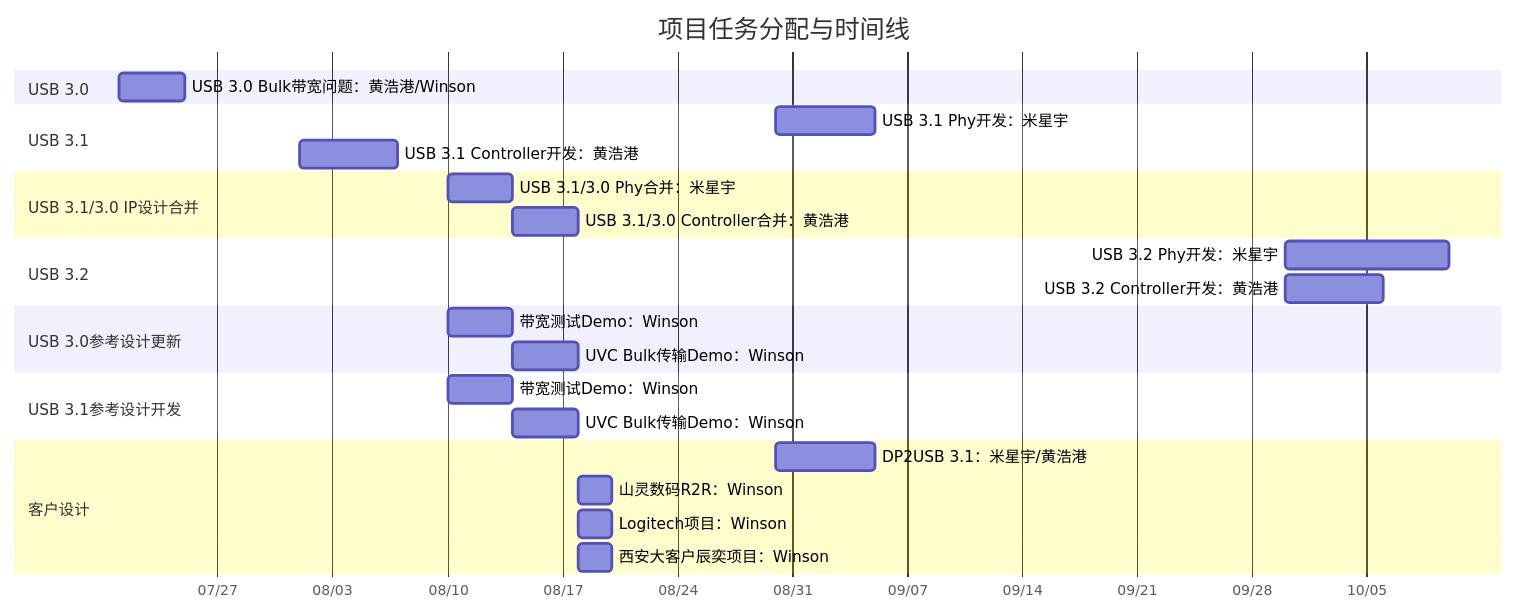
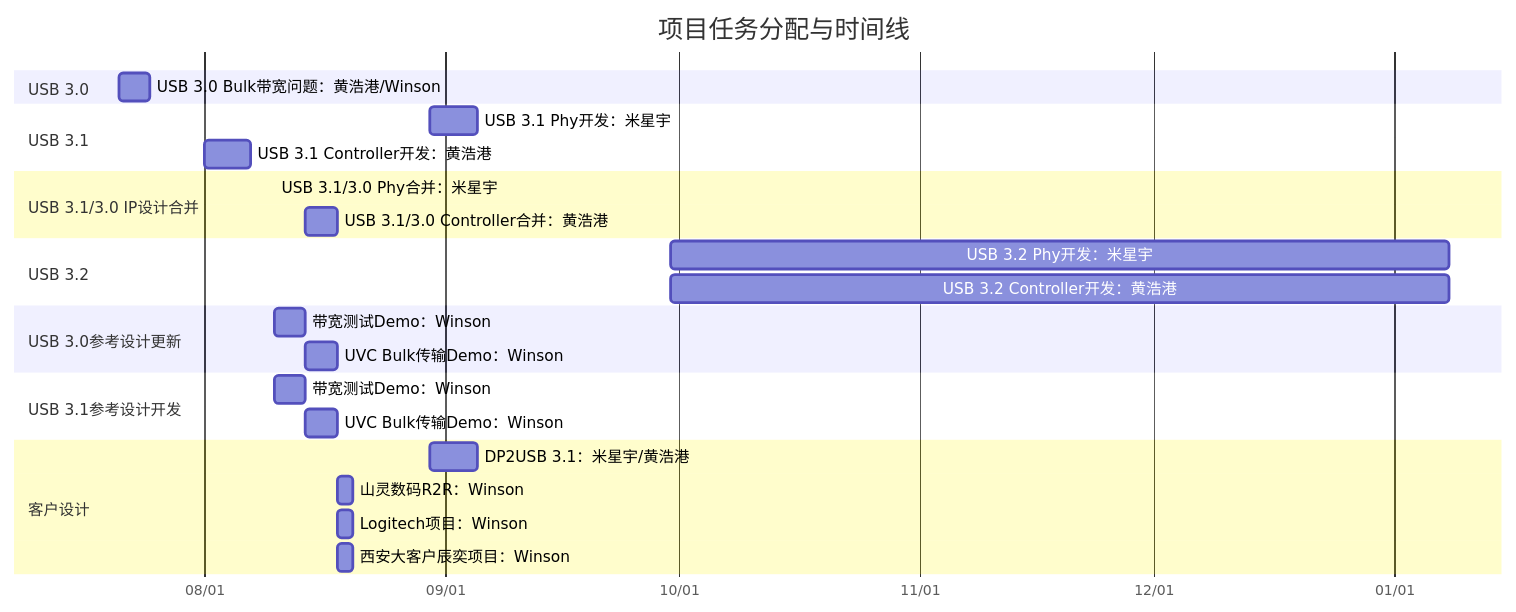
The diagram in all/未命名.md (winsonbook/iodraw-files), drawn with Mermaid before and after one commit.

Commit message:
2025-07-21 10:09:10 update

````diff
--- a/all/未命名.md
+++ b/all/未命名.md
@@ -1,35 +1,35 @@
 ```mermaid
 gantt
     title 项目任务分配与时间线
     dateFormat  YYYY-MM-DD
     axisFormat  %m/%d
 
     section USB 3.0
     USB 3.0 Bulk带宽问题：黄浩港/Winson   :    task1, 2025-07-21, 4d
 
     section USB 3.1
     USB 3.1 Phy开发：米星宇      :         task2, 2025-08-30, 6d
     USB 3.1 Controller开发：黄浩港      :  task3, 2025-08-01, 6d
 
     section USB 3.1/3.0 IP设计合并
-    USB 3.1/3.0 Phy合并：米星宇       :    task4, 2025-08-10, 4d
+    USB 3.1/3.0 Phy合并：米星宇       :    task4, 2025-08-10, 1
     USB 3.1/3.0 Controller合并：黄浩港:    task5, 2025-08-14, 4d
 
     section USB 3.2
-    USB 3.2 Phy开发：米星宇      :         task2, 2025-09-30, 10d
-    USB 3.2 Controller开发：黄浩港      :  task3, 2025-09-30, 6d
+    USB 3.2 Phy开发：米星宇      :         task2, 2025-09-30, 100d
+    USB 3.2 Controller开发：黄浩港      :  task3, 2025-09-30, 100d
 
     section USB 3.0参考设计更新
     带宽测试Demo：Winson       :         task6, 2025-08-10, 4d
     UVC Bulk传输Demo：Winson   :        task7, 2025-08-14, 4d
 
     section USB 3.1参考设计开发
     带宽测试Demo：Winson       :         task8, 2025-08-10, 4d
     UVC Bulk传输Demo：Winson   :         task9, 2025-08-14, 4d
 
     section 客户设计
     DP2USB 3.1：米星宇/黄浩港      :task10, 2025-08-30, 6d
     山灵数码R2R：Winson :             task11, 2025-08-18, 2d
     Logitech项目：Winson :            task12, 2025-08-18, 2d
     西安大客户辰奕项目：Winson :       task13, 2025-08-18, 2d
 ```
````
